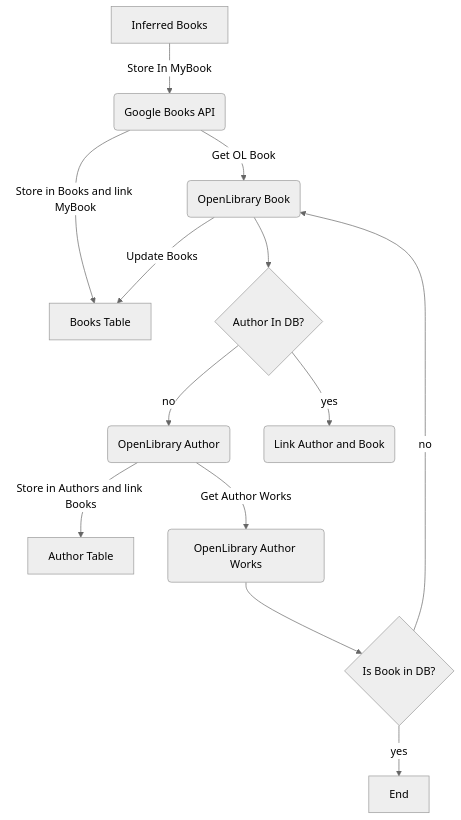
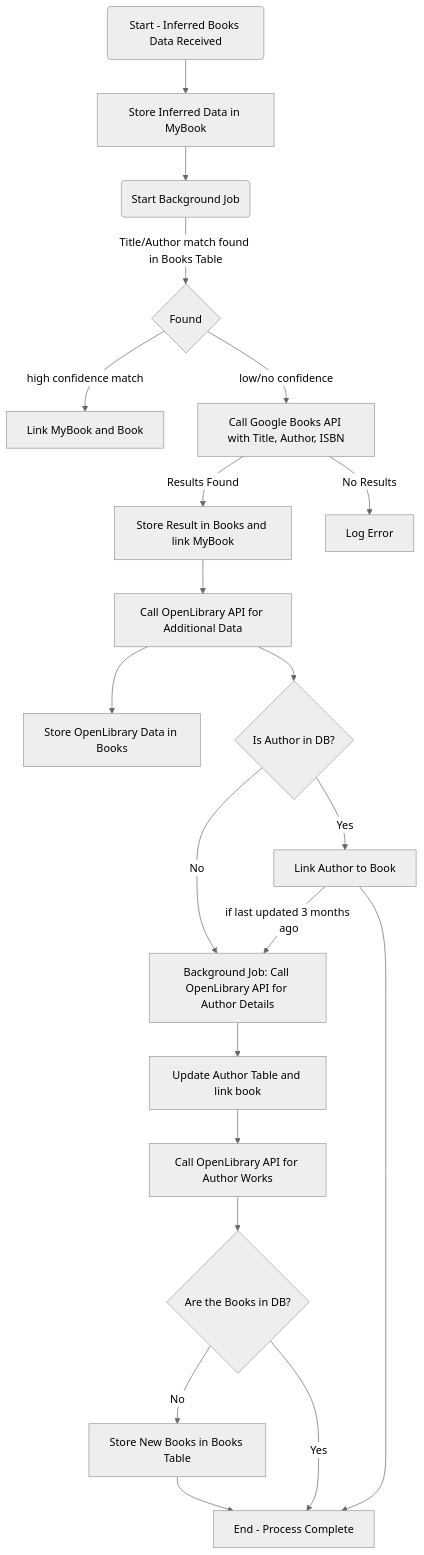
One commit to shawnmclean/sovoli changed the diagram in docs/adrs/0001-book-inference.md. Above: the diagram before and after it, drawn with Mermaid (neutral theme). The commit also changed other lines of this file, not shown here.

Commit message:
refine book inference adr

````diff
--- a/docs/adrs/0001-book-inference.md
+++ b/docs/adrs/0001-book-inference.md
@@ -145,16 +149,35 @@
 ```mermaid
 flowchart TD
-    A[Inferred Books] -->|Store In MyBook| B(Google Books API)
-    B --> |Store in Books and link MyBook| BT[Book & MyBook Table]
-    B --> |Get OL Book|C(OpenLibrary Book)
-    C --> |Update Books|BT[Books Table]
-    C --> H{Author In DB?}
-    H --> |no| D(OpenLibrary Author)
-    H --> |yes| LA(Link Author and Book)
-    D --> |Store in Authors and link Books| ADB[Author Table]
-    D --> |Get Author Works| E(OpenLibrary Author Works)
-    E --> I{Is Book in DB?}
-    I --> |no| C
-    I --> |yes| Z[End]
+    A(Start - Inferred Books Data Received) --> B[Store Inferred Data in MyBook]
+
+    B --> C(Start Background Job)
+
+    C --> |Title/Author match found in Books Table|D{Found}
+
+    D --> |high confidence match| E[Link MyBook and Book]
+    D --> |low/no confidence| G[Call Google Books API with Title, Author, ISBN]
+    
+    G --> |Results Found| H[Store Result in Books and link MyBook]
+    G --> |No Results| J[Log Error]
+    
+    H --> I[Call OpenLibrary API for Additional Data]
+    
+    I --> K[Store OpenLibrary Data in Books]
+    I --> L{Is Author in DB?}
+    
+    L -->|No| M[Background Job: Call OpenLibrary API for Author Details]
+    L -->|Yes| N[Link Author to Book]
+
+    N --> |if last updated 3 months ago|M
+
+    M --> O[Update Author Table and link book]
+    O --> P[Call OpenLibrary API for Author Works]
+    
+    P --> Q{Are the Books in DB?}
+    Q -->|No| R[Store New Books in Books Table]
+    Q -->|Yes| Z[End - Process Complete]
+
+    N --> Z[End - Process Complete]
+    R --> Z[End - Process Complete]
 
 ```
````
